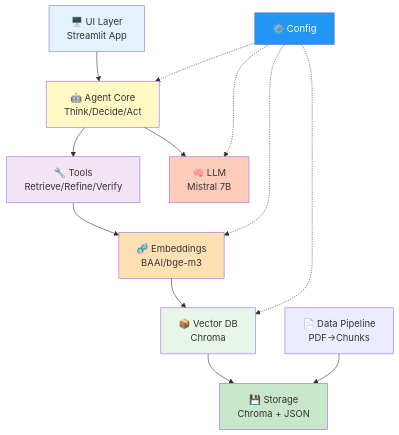
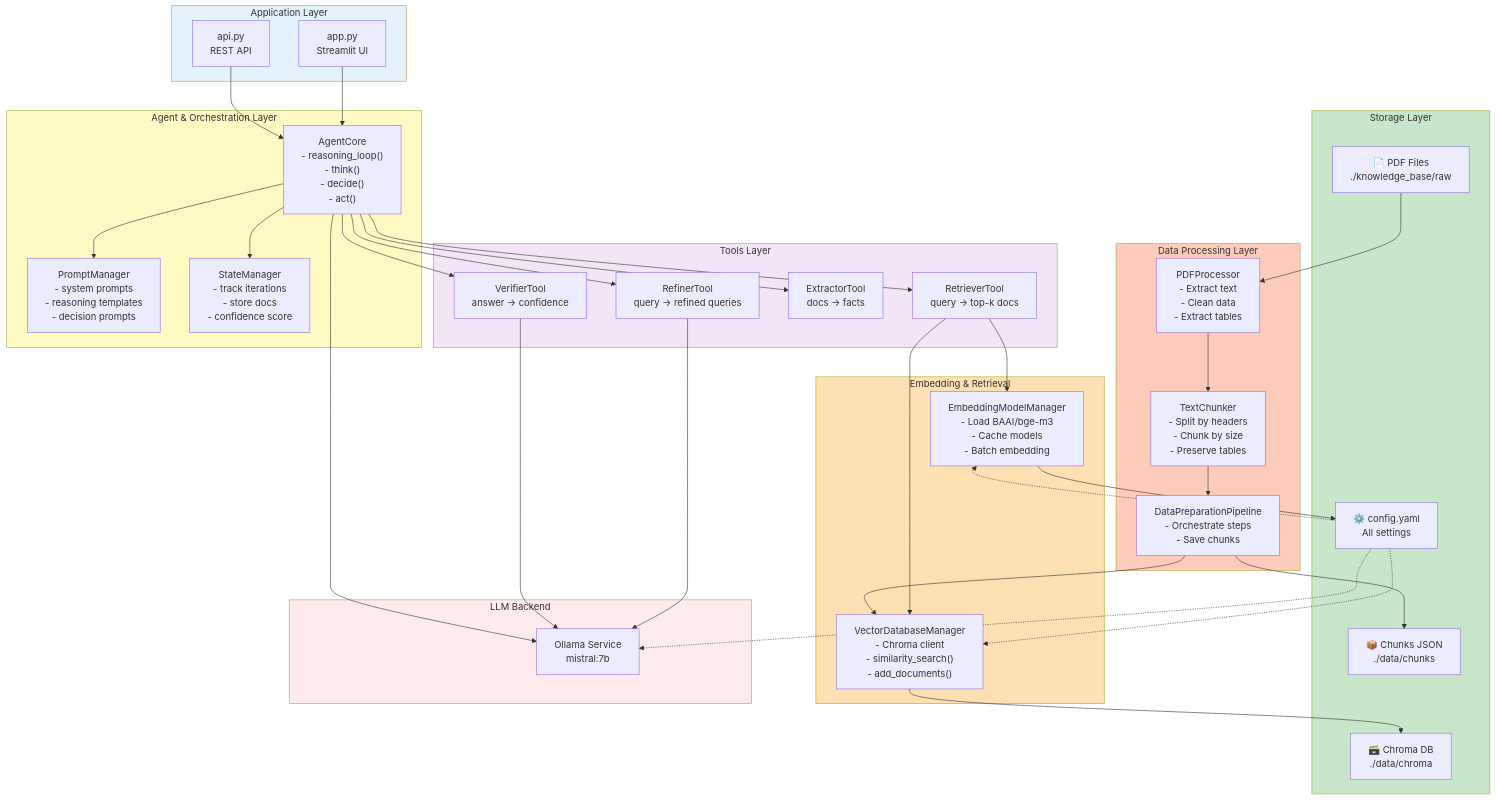
The fourth of 7 diagrams in docs/ARCHITECTURE_DIAGRAM_AGENTIC_RAG.md (Wanlee0701/hust-agentic-rag), drawn with Mermaid before and after one commit. The commit also changed other lines of this file and 32 other files, not shown here.

Commit message:
feat: restructure directory architecture and prepare for open-source release

````diff
--- a/docs/ARCHITECTURE_DIAGRAM_AGENTIC_RAG.md
+++ b/docs/ARCHITECTURE_DIAGRAM_AGENTIC_RAG.md
@@ -134,33 +235,81 @@
 ```mermaid
 graph TB
-    APP["🖥️ UI Layer<br/>Streamlit App"]
-    AGENT["🤖 Agent Core<br/>Think/Decide/Act"]
-    TOOLS["🔧 Tools<br/>Retrieve/Refine/Verify"]
-    EMBED["🧬 Embeddings<br/>BAAI/bge-m3"]
-    VDB["📦 Vector DB<br/>Chroma"]
-    LLM["🧠 LLM<br/>Mistral 7B"]
-    DATA["📄 Data Pipeline<br/>PDF→Chunks"]
-    CONFIG["⚙️ Config"]
-    STORAGE["💾 Storage<br/>Chroma + JSON"]
+    subgraph APP_LAYER["Application Layer"]
+        APP["app.py<br/>Streamlit UI"]
+        API["api.py<br/>REST API"]
+    end
     
-    APP --> AGENT
-    AGENT --> TOOLS
-    AGENT --> LLM
-    TOOLS --> EMBED
-    EMBED --> VDB
-    VDB --> STORAGE
-    DATA --> STORAGE
-    CONFIG -.-> AGENT
-    CONFIG -.-> EMBED
-    CONFIG -.-> VDB
-    CONFIG -.-> LLM
+    subgraph AGENT_LAYER["Agent & Orchestration Layer"]
+        AGENT_CORE["AgentCore<br/>- reasoning_loop()<br/>- think()<br/>- decide()<br/>- act()"]
+        PROMPT_MGR["PromptManager<br/>- system prompts<br/>- reasoning templates<br/>- decision prompts"]
+        STATE_MGR["StateManager<br/>- track iterations<br/>- store docs<br/>- confidence score"]
+    end
     
-    style APP fill:#e3f2fd
-    style AGENT fill:#fff9c4
-    style TOOLS fill:#f3e5f5
-    style EMBED fill:#ffe0b2
-    style VDB fill:#e8f5e9
-    style LLM fill:#ffccbc
-    style STORAGE fill:#c8e6c9
-    style CONFIG fill:#2196f3,color:#fff
+    subgraph TOOLS_LAYER["Tools Layer"]
+        RETRIEVER_TOOL["RetrieverTool<br/>query → top-k docs"]
+        REFINER_TOOL["RefinerTool<br/>query → refined queries"]
+        EXTRACTOR_TOOL["ExtractorTool<br/>docs → facts"]
+        VERIFIER_TOOL["VerifierTool<br/>answer → confidence"]
+    end
+    
+    subgraph EMBEDDING_LAYER["Embedding & Retrieval"]
+        EMBEDDINGS["EmbeddingModelManager<br/>- Load BAAI/bge-m3<br/>- Cache models<br/>- Batch embedding"]
+        VDB_MGR["VectorDatabaseManager<br/>- Chroma client<br/>- similarity_search()<br/>- add_documents()"]
+    end
+    
+    subgraph DATA_LAYER["Data Processing Layer"]
+        PDF_PROC["PDFProcessor<br/>- Extract text<br/>- Clean data<br/>- Extract tables"]
+        CHUNKER["TextChunker<br/>- Split by headers<br/>- Chunk by size<br/>- Preserve tables"]
+        PIPELINE["DataPreparationPipeline<br/>- Orchestrate steps<br/>- Save chunks"]
+    end
+    
+    subgraph STORAGE_LAYER["Storage Layer"]
+        VECTOR_STORE["🗃️ Chroma DB<br/>./data/chroma"]
+        CONFIG_FILE["⚙️ config.yaml<br/>All settings"]
+        CHUNK_STORE["📦 Chunks JSON<br/>./data/chunks"]
+        RAW_DATA["📄 PDF Files<br/>./knowledge_base/raw"]
+    end
+    
+    subgraph LLM_LAYER["LLM Backend"]
+        OLLAMA_SVC["Ollama Service<br/>mistral:7b"]
+    end
+    
+    APP --> AGENT_CORE
+    API --> AGENT_CORE
+    
+    AGENT_CORE --> PROMPT_MGR
+    AGENT_CORE --> STATE_MGR
+    
+    AGENT_CORE --> RETRIEVER_TOOL
+    AGENT_CORE --> REFINER_TOOL
+    AGENT_CORE --> EXTRACTOR_TOOL
+    AGENT_CORE --> VERIFIER_TOOL
+    
+    RETRIEVER_TOOL --> EMBEDDINGS
+    RETRIEVER_TOOL --> VDB_MGR
+    
+    REFINER_TOOL --> OLLAMA_SVC
+    VERIFIER_TOOL --> OLLAMA_SVC
+    AGENT_CORE --> OLLAMA_SVC
+    
+    VDB_MGR --> VECTOR_STORE
+    EMBEDDINGS --> CONFIG_FILE
+    
+    PDF_PROC --> CHUNKER
+    CHUNKER --> PIPELINE
+    PIPELINE --> CHUNK_STORE
+    PIPELINE --> VDB_MGR
+    
+    RAW_DATA --> PDF_PROC
+    CONFIG_FILE -.-> EMBEDDINGS
+    CONFIG_FILE -.-> VDB_MGR
+    CONFIG_FILE -.-> OLLAMA_SVC
+    
+    style APP_LAYER fill:#e3f2fd
+    style AGENT_LAYER fill:#fff9c4
+    style TOOLS_LAYER fill:#f3e5f5
+    style EMBEDDING_LAYER fill:#ffe0b2
+    style DATA_LAYER fill:#ffccbc
+    style STORAGE_LAYER fill:#c8e6c9
+    style LLM_LAYER fill:#ffebee
 ```
````
